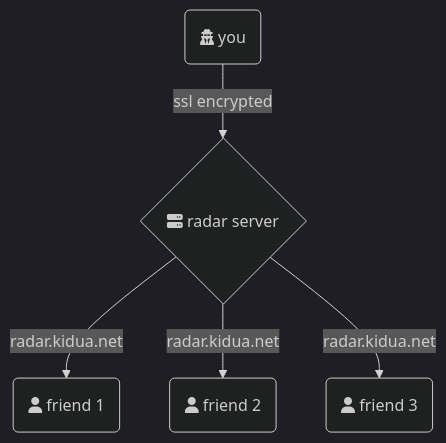
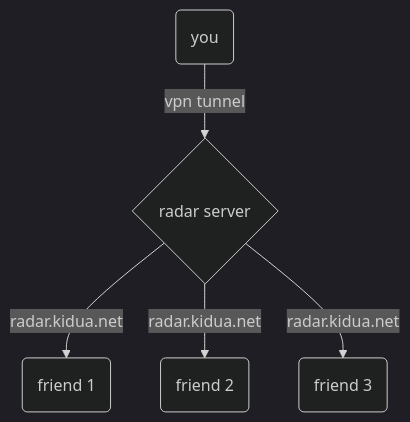
One commit to radartechnology/radar changed the diagram in readme.md. Above: the diagram before and after it, drawn with Mermaid (dark theme). The commit also changed other lines of this file and 5 other files, not shown here.

````diff
--- a/readme.md
+++ b/readme.md
@@ -7,12 +7,12 @@
 ```mermaid
 flowchart TD
-    user("fa:fa-user-secret you")
-    server{"fa:fa-server radar server"} 
-    friend1(fa:fa-user friend 1)
-    friend2(fa:fa-user friend 2)
-    friend3(fa:fa-user friend 3)
+    user("you")
+    server{"radar server"} 
+    friend1(friend 1)
+    friend2(friend 2)
+    friend3(friend 3)
 
-    user -- ssl encrypted --> server -- radar.kidua.net --> friend1
+    user -- vpn tunnel --> server -- radar.kidua.net --> friend1
     server -- radar.kidua.net --> friend2
     server -- radar.kidua.net --> friend3
 ```
````
